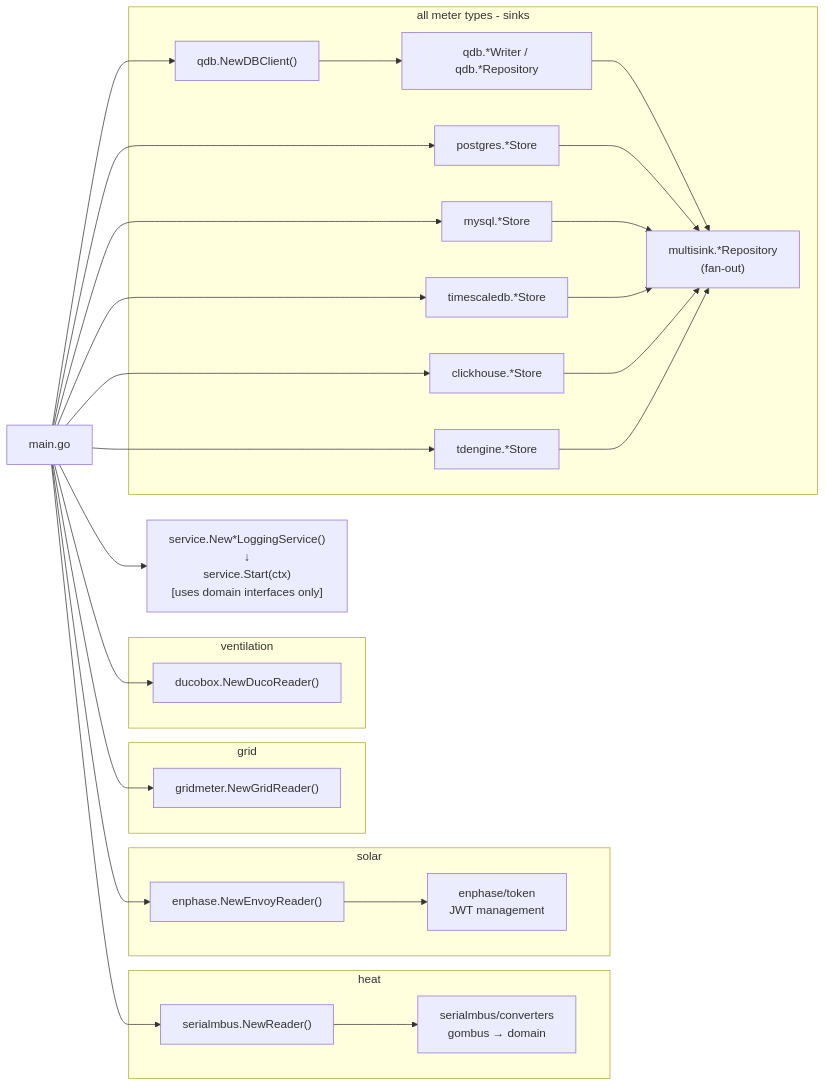
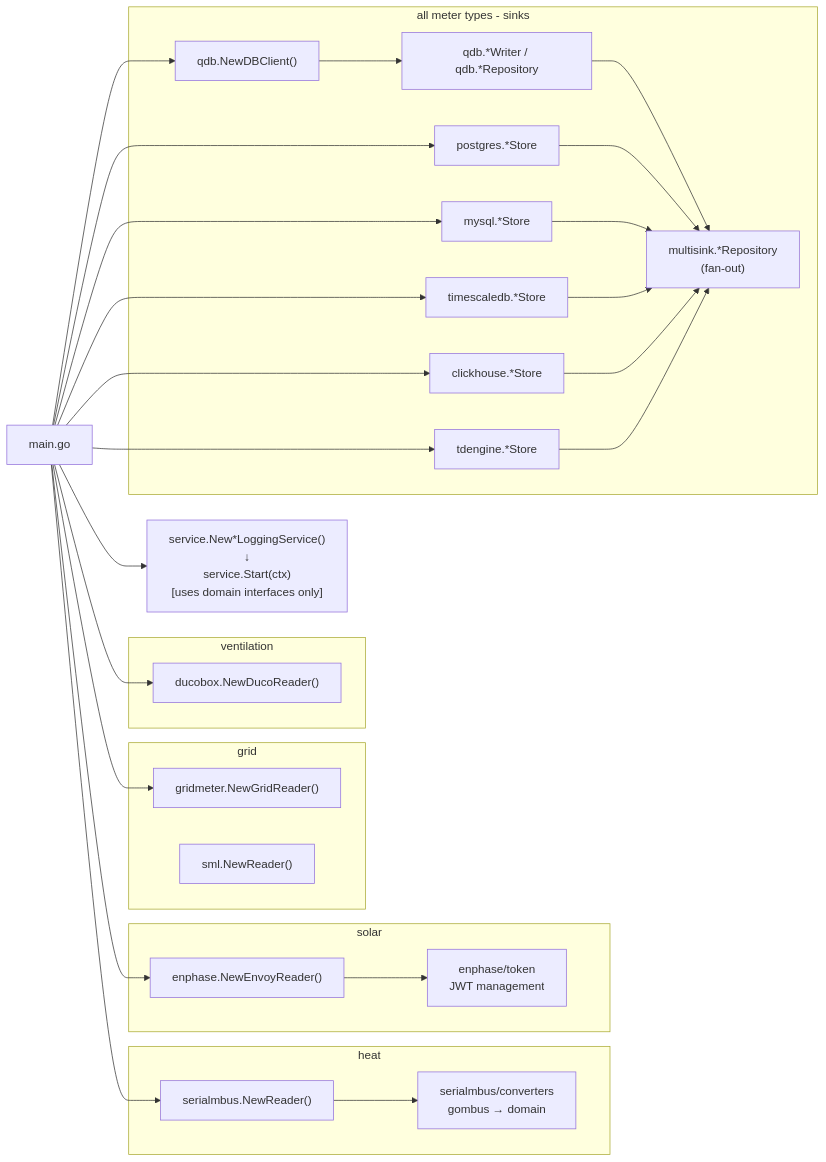
The third of 3 diagrams in documentation/architecture.md (yottabytesolutions/meterlogger), drawn with Mermaid before and after one commit. The commit also changed other lines of this file and 95 other files, not shown here.

````diff
--- a/documentation/architecture.md
+++ b/documentation/architecture.md
@@ -114,55 +115,56 @@
 ```mermaid
 flowchart LR
     main["main.go"]
 
     subgraph heat["heat"]
         mbus["serialmbus.NewReader()"]
         conv["serialmbus/converters\ngombus → domain"]
         mbus --> conv
     end
 
     subgraph grid["grid"]
         greader["gridmeter.NewGridReader()"]
+        smlr["sml.NewReader()"]
     end
 
     subgraph solar["solar"]
         envoy["enphase.NewEnvoyReader()"]
         jwt["enphase/token\nJWT management"]
         envoy --> jwt
     end
 
     subgraph vent["ventilation"]
         duco["ducobox.NewDucoReader()"]
     end
 
     subgraph shared["all meter types - sinks"]
         qdbclient["qdb.NewDBClient()"]
         qdbwriter["qdb.*Writer / qdb.*Repository"]
         pg["postgres.*Store"]
         my["mysql.*Store"]
         ts["timescaledb.*Store"]
         ch["clickhouse.*Store"]
         td["tdengine.*Store"]
         ms["multisink.*Repository\n(fan-out)"]
         qdbclient --> qdbwriter
         qdbwriter --> ms
         pg --> ms
         my --> ms
         ts --> ms
         ch --> ms
         td --> ms
     end
 
     svc["service.New*LoggingService()\n↓\nservice.Start(ctx)\n[uses domain interfaces only]"]
     main --> mbus
     main --> greader
     main --> envoy
     main --> duco
     main --> qdbclient
     main --> pg
     main --> my
     main --> ts
     main --> ch
     main --> td
     main --> svc
 ```
````
